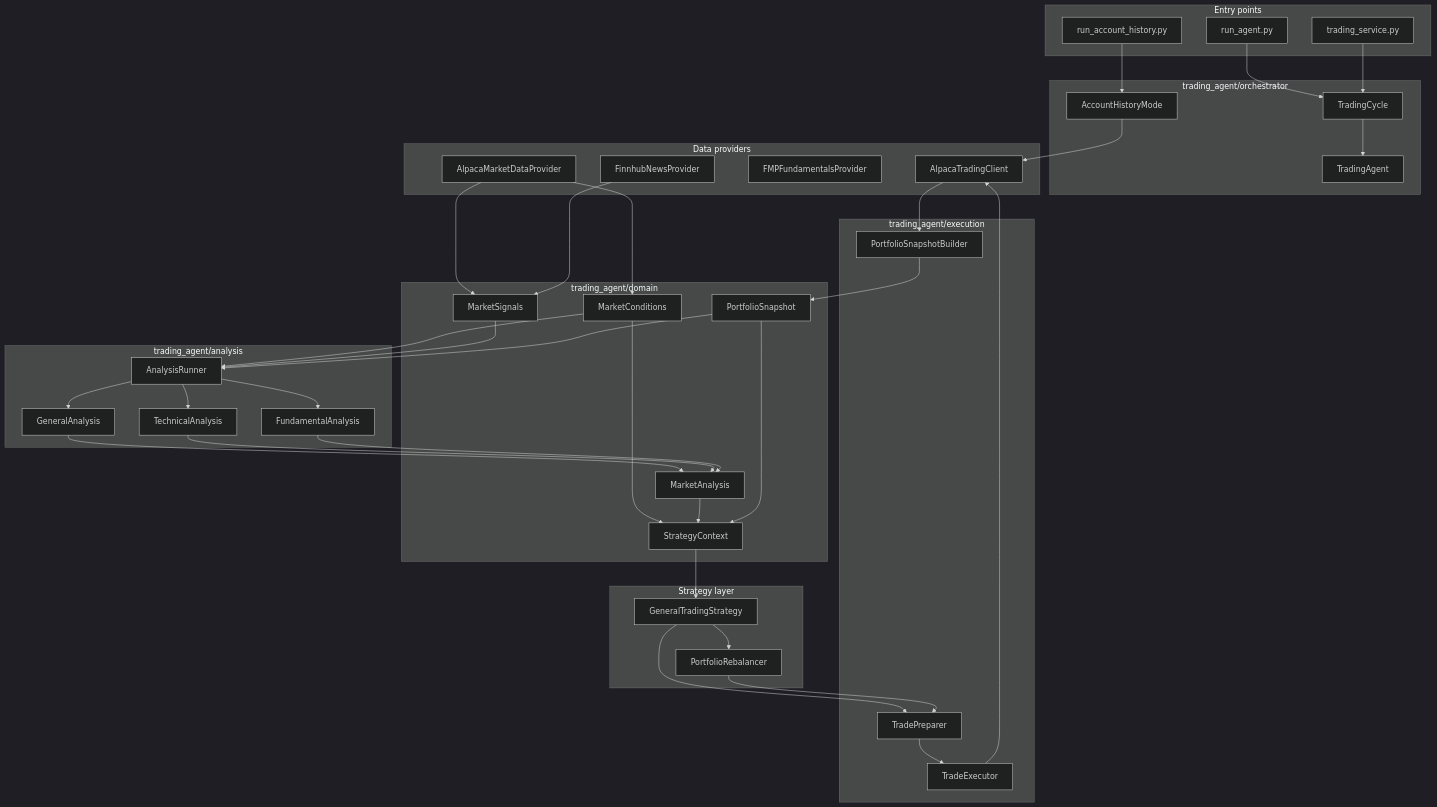
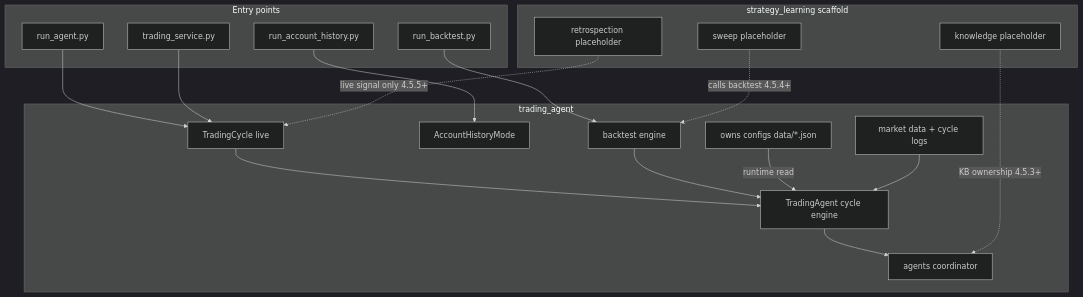
One commit to yetigong/trading-agent changed the first of 2 diagrams in docs/PROJECT_PLAN.md. Above: the diagram before and after it, drawn with Mermaid (dark theme). The commit also changed other lines of this file and 15 other files, not shown here.

First line of the commit message:
Add strategy_learning scaffold and document package boundaries (Phase 4.5.1).

````diff
--- a/docs/PROJECT_PLAN.md
+++ b/docs/PROJECT_PLAN.md
@@ -11,70 +20,35 @@
 ```mermaid
 flowchart TB
     subgraph entry [Entry points]
         RA[run_agent.py]
         RAH[run_account_history.py]
+        RBT[run_backtest.py]
         TS[trading_service.py]
     end
 
-    subgraph orchestrator [trading_agent/orchestrator]
-        TC[TradingCycle]
-        TA[TradingAgent]
+    subgraph ta [trading_agent]
+        TC[TradingCycle live]
+        TA[TradingAgent cycle engine]
         AHM[AccountHistoryMode]
+        AG[agents coordinator]
+        BT[backtest engine]
+        Cfg["owns configs data/*.json"]
+        MD[market data + cycle logs]
     end
 
-    subgraph domain [trading_agent/domain]
-        MC[MarketConditions]
-        MS[MarketSignals]
-        PS[PortfolioSnapshot]
-        MA[MarketAnalysis]
-        SC[StrategyContext]
+    subgraph sl [strategy_learning scaffold]
+        SLK[knowledge placeholder]
+        SLS[sweep placeholder]
+        SLR[retrospection placeholder]
     end
 
-    subgraph dataProviders [Data providers]
-        ALP_MD[AlpacaMarketDataProvider]
-        FIN[FinnhubNewsProvider]
-        FMP[FMPFundamentalsProvider]
-        ALP_BRK[AlpacaTradingClient]
-    end
-
-    subgraph analysis [trading_agent/analysis]
-        AR[AnalysisRunner]
-        GEN[GeneralAnalysis]
-        TECH[TechnicalAnalysis]
-        FUND[FundamentalAnalysis]
-    end
-
-    subgraph strategy [Strategy layer]
-        STR[GeneralTradingStrategy]
-        REB[PortfolioRebalancer]
-    end
-
-    subgraph execution [trading_agent/execution]
-        PSB[PortfolioSnapshotBuilder]
-        PRE[TradePreparer]
-        EXT[TradeExecutor]
-    end
-
-    RA --> TC --> TA
+    RA --> TC --> TA --> AG
     TS --> TC
-    RAH --> AHM --> ALP_BRK
-
-    ALP_MD --> MC
-    ALP_MD --> MS
-    FIN --> MS
-    ALP_BRK --> PSB --> PS
-
-    MC --> AR
-    MS --> AR
-    PS --> AR
-    AR --> GEN --> MA
-    AR --> TECH --> MA
-    AR --> FUND --> MA
-
-    MC --> SC
-    MA --> SC
-    PS --> SC
-    SC --> STR --> PRE
-    STR --> REB --> PRE
-    PRE --> EXT --> ALP_BRK
+    RAH --> AHM
+    RBT --> BT --> TA
+    Cfg -->|"runtime read"| TA
+    MD --> TA
+    SLK -.->|"KB ownership 4.5.3+"| AG
+    SLS -.->|"calls backtest 4.5.4+"| BT
+    SLR -.->|"live signal only 4.5.5+"| TC
 ```
````
